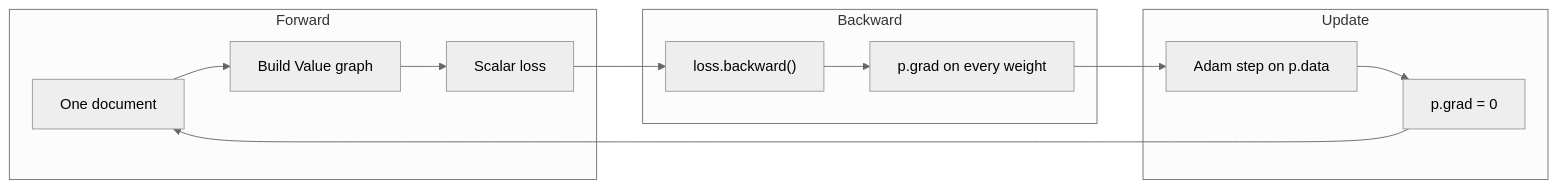
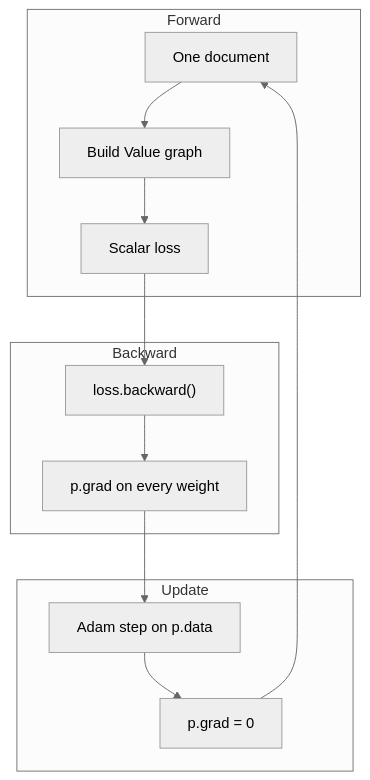
The first of 9 diagrams in docs/autograd-deep-dive.md (neomatrix369/microgpt-experiments), drawn with Mermaid (neutral theme) before and after one commit. The commit also changed other lines of this file and 1 other file, not shown here.

Commit message:
docs: stack wide Mermaid flowcharts and add IDE preview notes
Use top-down layout for multi-column diagrams. Add brief notes for GitHub,
VS Code preview/syntax extensions, and JetBrains Markdown support.

````diff
--- a/docs/autograd-deep-dive.md
+++ b/docs/autograd-deep-dive.md
@@ -27,19 +29,19 @@
 ```mermaid
-flowchart LR
+flowchart TB
   subgraph forward [Forward]
     Doc[One document]
     Graph[Build Value graph]
     Loss[Scalar loss]
   end
   subgraph backward [Backward]
     BP["loss.backward()"]
     Grads["p.grad on every weight"]
   end
   subgraph update [Update]
     Adam[Adam step on p.data]
     Zero["p.grad = 0"]
   end
   Doc --> Graph --> Loss
   Loss --> BP --> Grads --> Adam --> Zero
   Zero --> Doc
 ```
````
